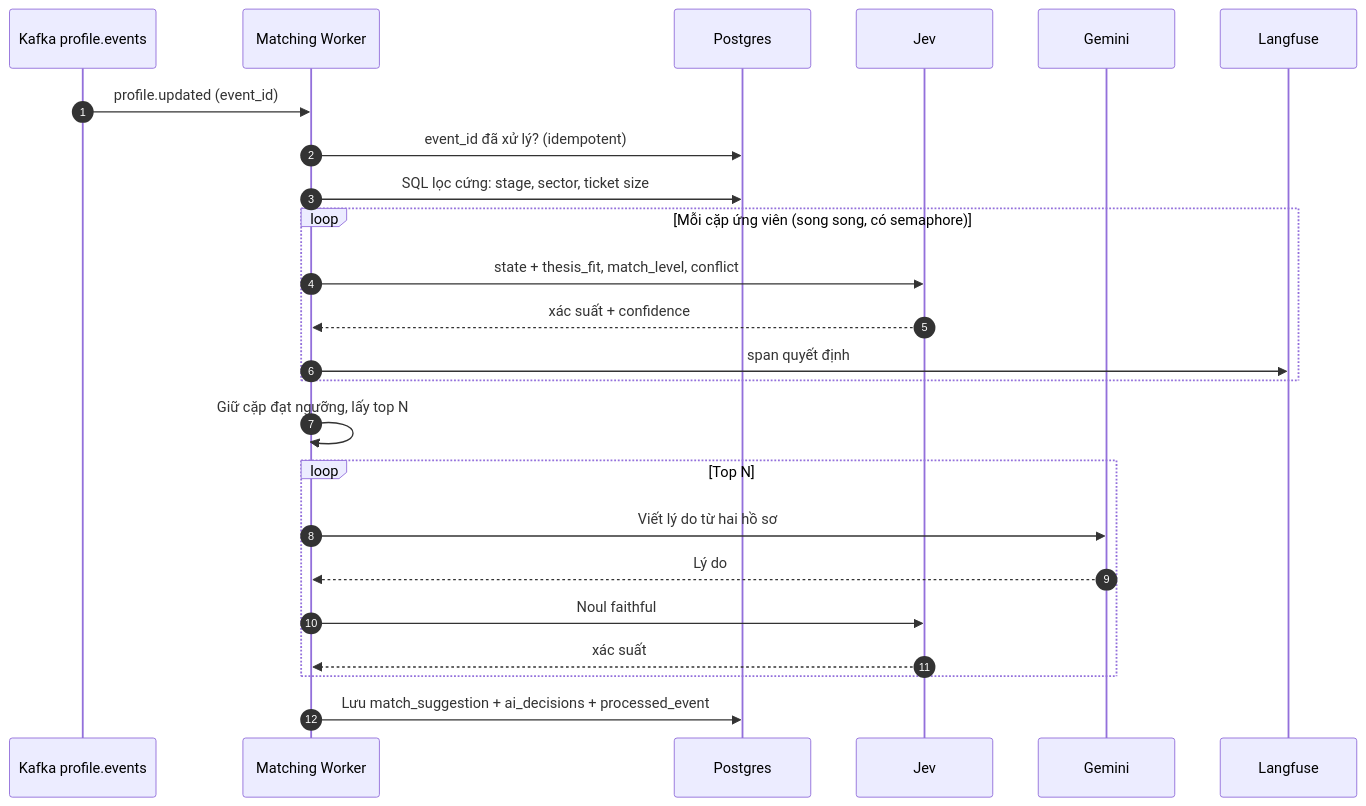
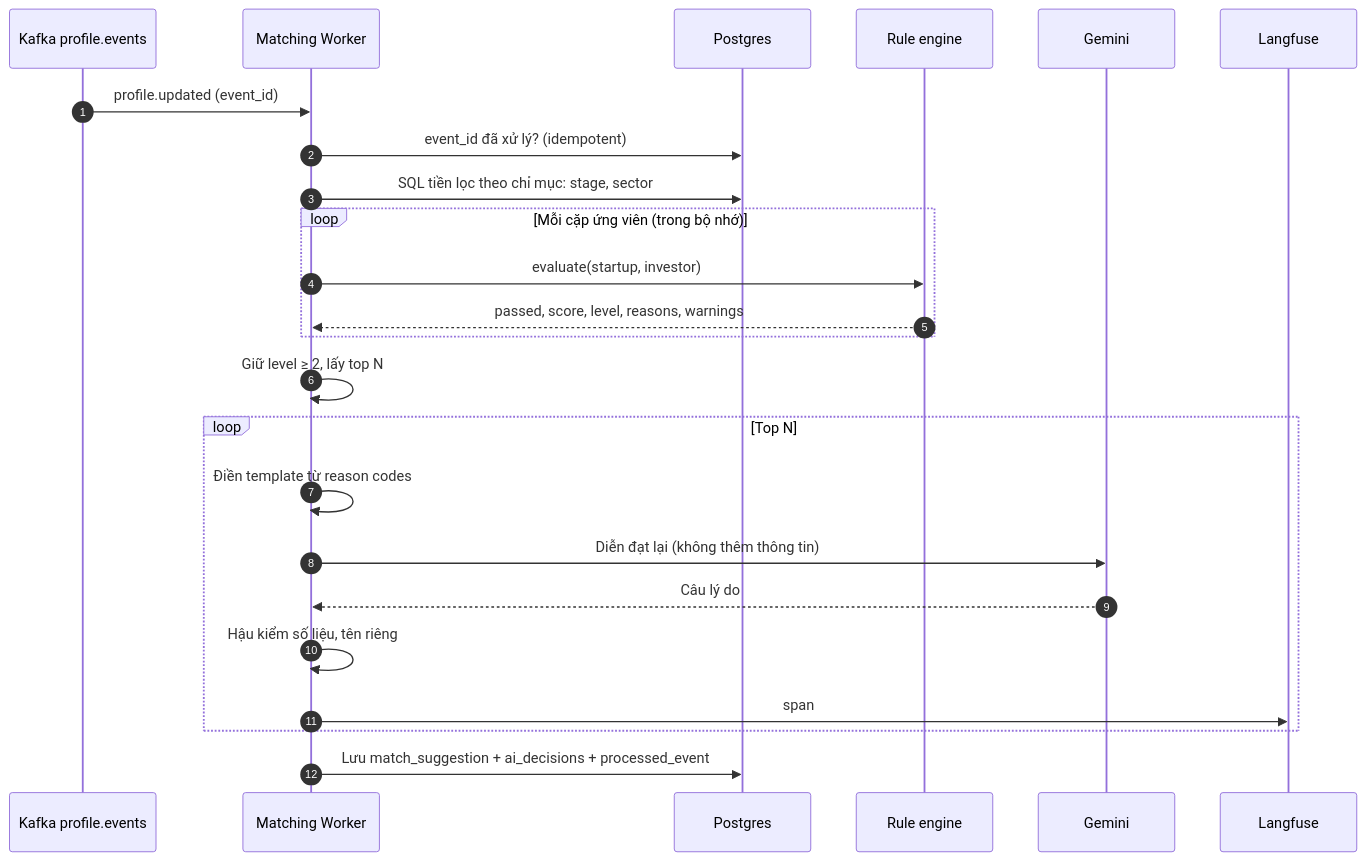
Before and after one commit to Trung1234/davas-matching: the fifth of 11 diagrams in README.md, drawn with Mermaid. The commit also changed other lines of this file, not shown here.

````diff
--- a/README.md
+++ b/README.md
@@ -366,27 +449,27 @@
 ```mermaid
 sequenceDiagram
     autonumber
     participant K as Kafka profile.events
     participant W as Matching Worker
     participant P as Postgres
-    participant J as Jev
+    participant R as Rule engine
     participant G as Gemini
     participant L as Langfuse
 
     K->>W: profile.updated (event_id)
     W->>P: event_id đã xử lý? (idempotent)
-    W->>P: SQL lọc cứng: stage, sector, ticket size
-    loop Mỗi cặp ứng viên (song song, có semaphore)
-        W->>J: state + thesis_fit, match_level, conflict
-        J-->>W: xác suất + confidence
-        W->>L: span quyết định
+    W->>P: SQL tiền lọc theo chỉ mục: stage, sector
+    loop Mỗi cặp ứng viên (trong bộ nhớ)
+        W->>R: evaluate(startup, investor)
+        R-->>W: passed, score, level, reasons, warnings
     end
-    W->>W: Giữ cặp đạt ngưỡng, lấy top N
+    W->>W: Giữ level ≥ 2, lấy top N
     loop Top N
-        W->>G: Viết lý do từ hai hồ sơ
-        G-->>W: Lý do
-        W->>J: Noul faithful
-        J-->>W: xác suất
+        W->>W: Điền template từ reason codes
+        W->>G: Diễn đạt lại (không thêm thông tin)
+        G-->>W: Câu lý do
+        W->>W: Hậu kiểm số liệu, tên riêng
+        W->>L: span
     end
     W->>P: Lưu match_suggestion + ai_decisions + processed_event
 ```
````
